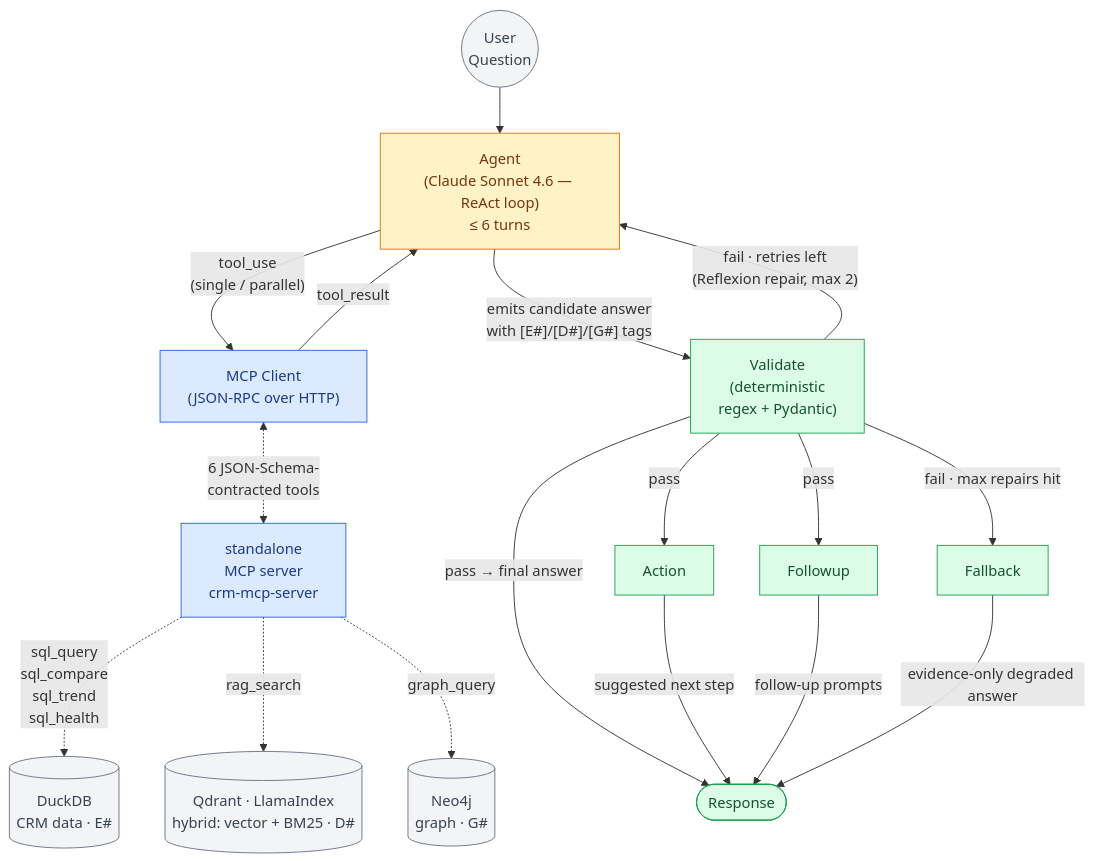
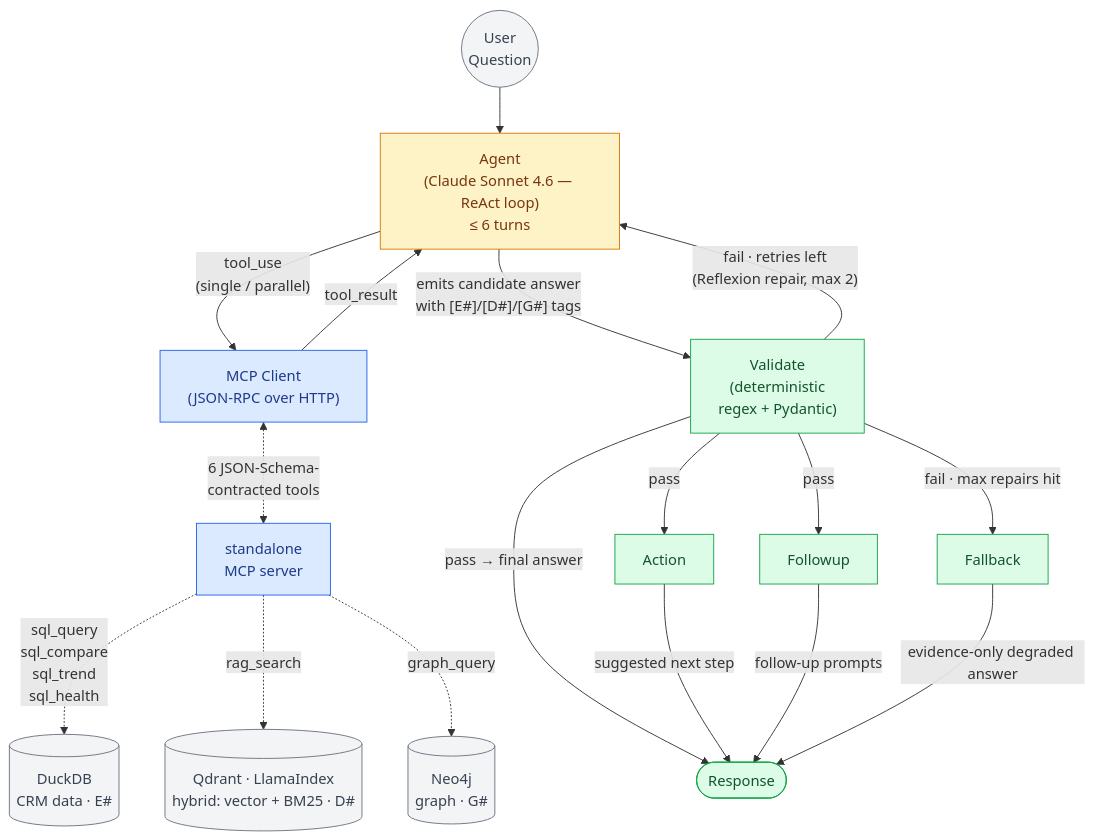
One commit to sazzad-kamal/crm-agentic-mcp-engine changed the first of 6 diagrams in README.md. Above: the diagram before and after it, drawn with Mermaid.

Commit message:
D1: drop repo name from MCP server label (logical diagram needs only 'standalone MCP server')

````diff
--- a/README.md
+++ b/README.md
@@ -26,33 +26,33 @@
 ```mermaid
 flowchart TB
     Q(("User<br/>Question")) --> AGENT["Agent<br/>(Claude Sonnet 4.6 — ReAct loop)<br/>≤ 6 turns"]
 
     AGENT -->|"tool_use<br/>(single / parallel)"| MCP_CLIENT["MCP Client<br/>(JSON-RPC over HTTP)"]
-    MCP_CLIENT <-.->|"6 JSON-Schema-<br/>contracted tools"| MCPSRV["standalone<br/>MCP server<br/>crm-mcp-server"]
+    MCP_CLIENT <-.->|"6 JSON-Schema-<br/>contracted tools"| MCPSRV["standalone<br/>MCP server"]
     MCP_CLIENT -->|tool_result| AGENT
 
     AGENT -->|"emits candidate answer<br/>with [E#]/[D#]/[G#] tags"| VAL["Validate<br/>(deterministic<br/>regex + Pydantic)"]
     VAL -->|"fail · retries left<br/>(Reflexion repair, max 2)"| AGENT
     VAL -->|"fail · max repairs hit"| FB["Fallback"]
     VAL -->|"pass → final answer"| RESP
     VAL -->|pass| ACT["Action"] & FU["Followup"]
     ACT -->|"suggested next step"| RESP
     FU -->|"follow-up prompts"| RESP
     FB -->|"evidence-only degraded answer"| RESP
 
     RESP(["Response"])
 
     MCPSRV -.->|sql_query<br/>sql_compare<br/>sql_trend<br/>sql_health| DB[("DuckDB<br/>CRM data · E#")]
     MCPSRV -.->|rag_search| VS[("Qdrant · LlamaIndex<br/>hybrid: vector + BM25 · D#")]
     MCPSRV -.->|graph_query| N4[("Neo4j<br/>graph · G#")]
 
     classDef agent fill:#fef3c7,stroke:#d97706,color:#78350f
     classDef tool fill:#dbeafe,stroke:#2563eb,color:#1e3a8a
     classDef response fill:#dcfce7,stroke:#16a34a,color:#14532d
     classDef boundary fill:#f3f4f6,stroke:#6b7280,color:#374151
 
     class AGENT agent
     class MCP_CLIENT,MCPSRV tool
     class VAL,ACT,FU,FB,RESP response
     class Q,DB,VS,N4 boundary
 ```
````
